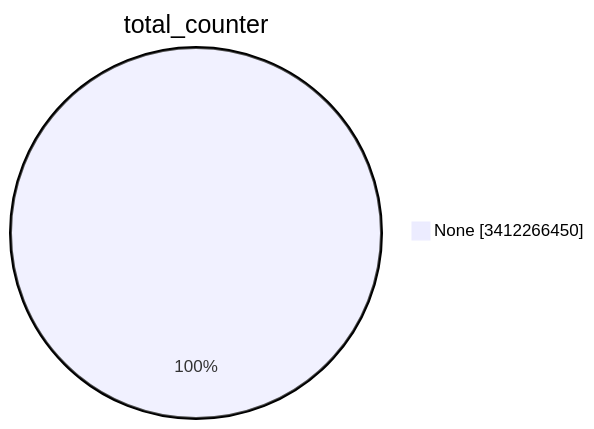
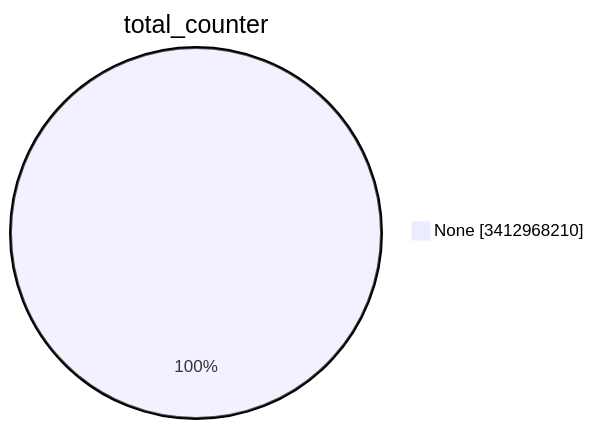
Before and after one commit to christiankrug/ctmonitor_visualization: the first of 15 diagrams in TOTAL/README.md, drawn with Mermaid. The commit also changed other lines of this file, not shown here.

````diff
--- a/TOTAL/README.md
+++ b/TOTAL/README.md
@@ -1,5 +1,5 @@
 ```mermaid
 pie showData
 title total_counter
-"None" :3412266450
+"None" :3412968210
 ```
````
